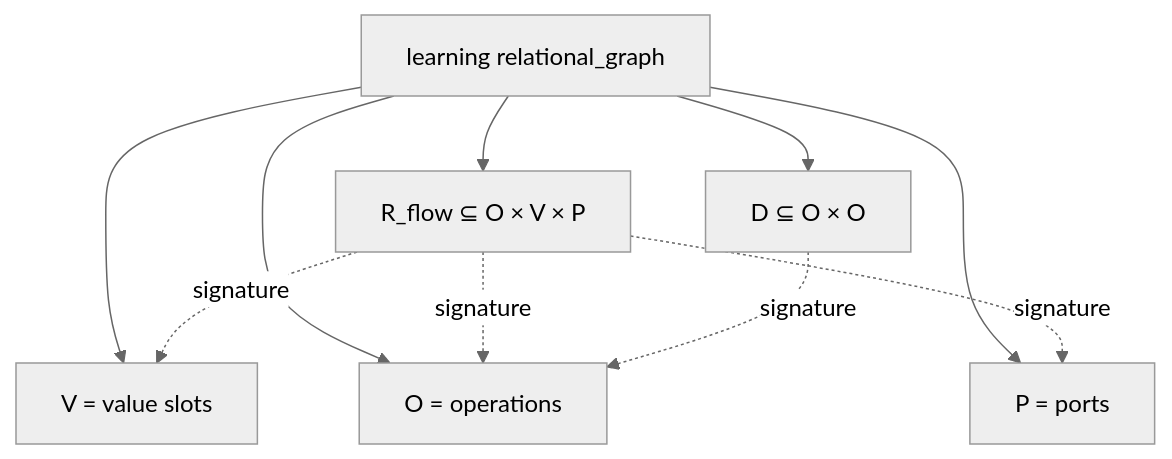
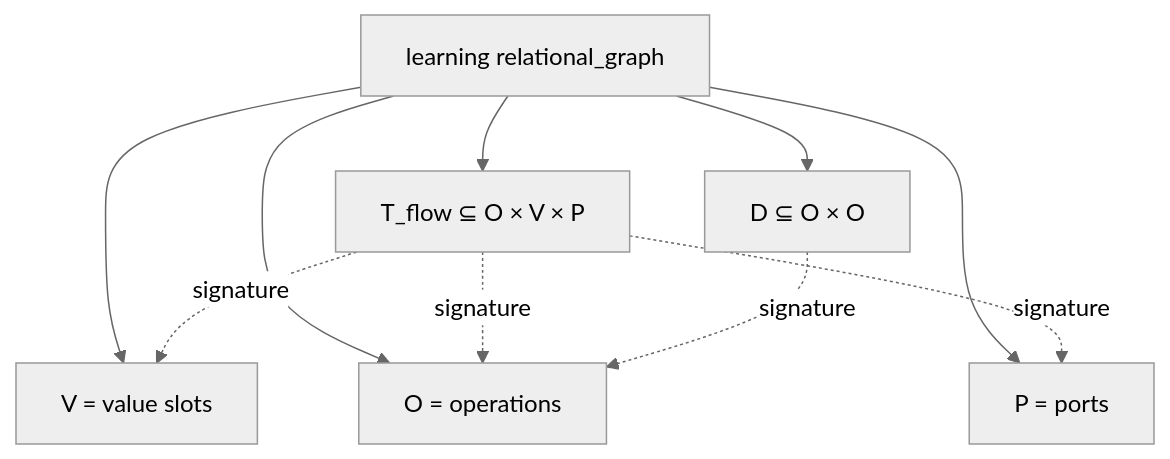
One commit to komahanb/unstructured-finite-volume changed the fourth of 12 diagrams in test/learning-tower/README.md. Above: the diagram before and after it, drawn with Mermaid (neutral theme). The commit also changed other lines of this file and 62 other files, not shown here.

````diff
--- a/test/learning-tower/README.md
+++ b/test/learning-tower/README.md
@@ -514,22 +514,22 @@
 ```mermaid
 flowchart TB
-    G["learning relational_graph"]
+    GAMMA["learning relational_graph"]
 
     V["V = value slots"]
     O["O = operations"]
     P["P = ports"]
 
-    R["R_flow ⊆ O × V × P"]
+    T["T_flow ⊆ O × V × P"]
     D["D ⊆ O × O"]
 
-    G --> V
-    G --> O
-    G --> P
-    G --> R
-    G --> D
+    GAMMA --> V
+    GAMMA --> O
+    GAMMA --> P
+    GAMMA --> T
+    GAMMA --> D
 
-    R -.signature.-> O
-    R -.signature.-> V
-    R -.signature.-> P
+    T -.signature.-> O
+    T -.signature.-> V
+    T -.signature.-> P
     D -.signature.-> O
 ```
````
